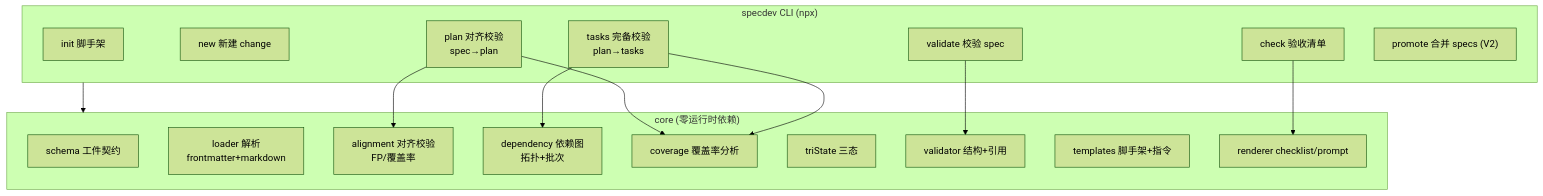
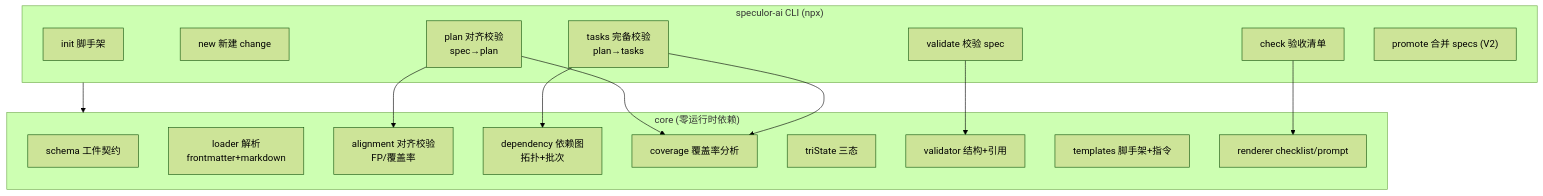
The diagram in PROPOSAL.md (NathanBoy/speculor-ai), drawn with Mermaid (forest theme) before and after one commit. The commit also changed other lines of this file and 28 other files, not shown here.

````diff
--- a/PROPOSAL.md
+++ b/PROPOSAL.md
@@ -129,32 +129,32 @@
 ```mermaid
 graph TD
-    subgraph CLI["specdev CLI (npx)"]
+    subgraph CLI["speculor-ai CLI (npx)"]
         init["init 脚手架"]
         new["new 新建 change"]
         validate["validate 校验 spec"]
         plan["plan 对齐校验<br/>spec→plan"]
         tasks["tasks 完备校验<br/>plan→tasks"]
         check["check 验收清单"]
         promote["promote 合并 specs (V2)"]
     end
 
     subgraph CORE["core (零运行时依赖)"]
         Schema["schema 工件契约"]
         Loader["loader 解析<br/>frontmatter+markdown"]
         Align["alignment 对齐校验<br/>FP/覆盖率"]
         Dep["dependency 依赖图<br/>拓扑+批次"]
         Coverage["coverage 覆盖率分析"]
         Tri["triState 三态"]
         Validator["validator 结构+引用"]
         Templates["templates 脚手架+指令"]
         Renderer["renderer checklist/prompt"]
     end
 
     CLI --> CORE
     plan --> Align
     plan --> Coverage
     tasks --> Dep
     tasks --> Coverage
     validate --> Validator
     check --> Renderer
 ```
````
